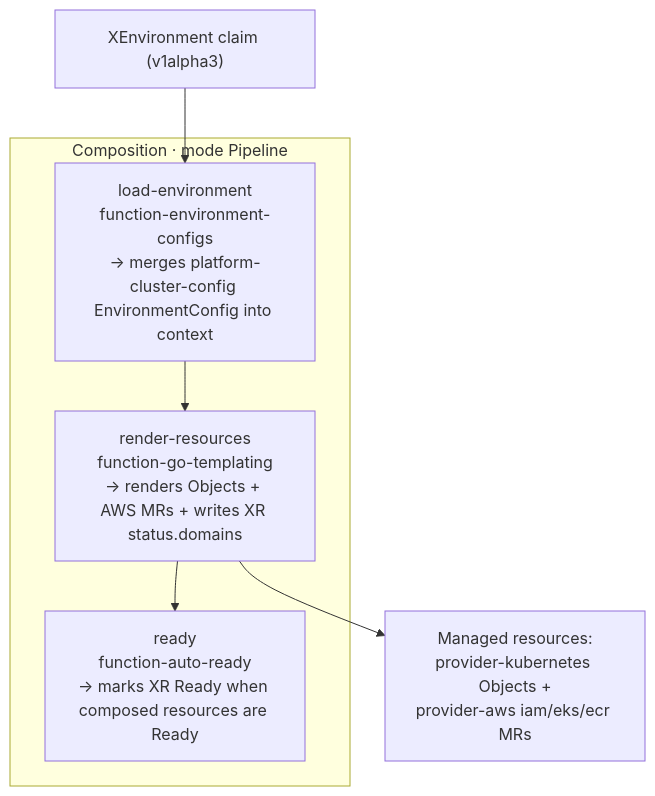
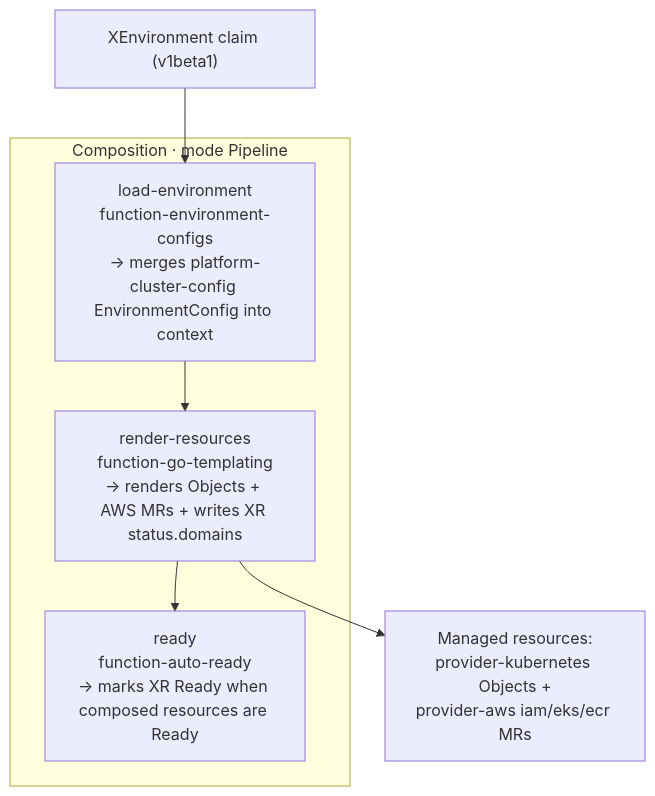
Before and after one commit to asanexample/platform: the diagram in docs/architecture/crossplane-composition-authoring.md, drawn with Mermaid. The commit also changed other lines of this file and 54 other files, not shown here.

````diff
--- a/docs/architecture/crossplane-composition-authoring.md
+++ b/docs/architecture/crossplane-composition-authoring.md
@@ -43,11 +43,11 @@
 ```mermaid
 flowchart TD
-    XR["XEnvironment claim (v1alpha3)"] --> S1
+    XR["XEnvironment claim (v1beta1)"] --> S1
     subgraph Pipeline["Composition · mode Pipeline"]
         S1["load-environment<br/>function-environment-configs<br/>→ merges platform-cluster-config EnvironmentConfig into context"]
         S2["render-resources<br/>function-go-templating<br/>→ renders Objects + AWS MRs + writes XR status.domains"]
         S3["ready<br/>function-auto-ready<br/>→ marks XR Ready when composed resources are Ready"]
         S1 --> S2 --> S3
     end
     S2 --> MR["Managed resources:<br/>provider-kubernetes Objects +<br/>provider-aws iam/eks/ecr MRs"]
 ```
````
